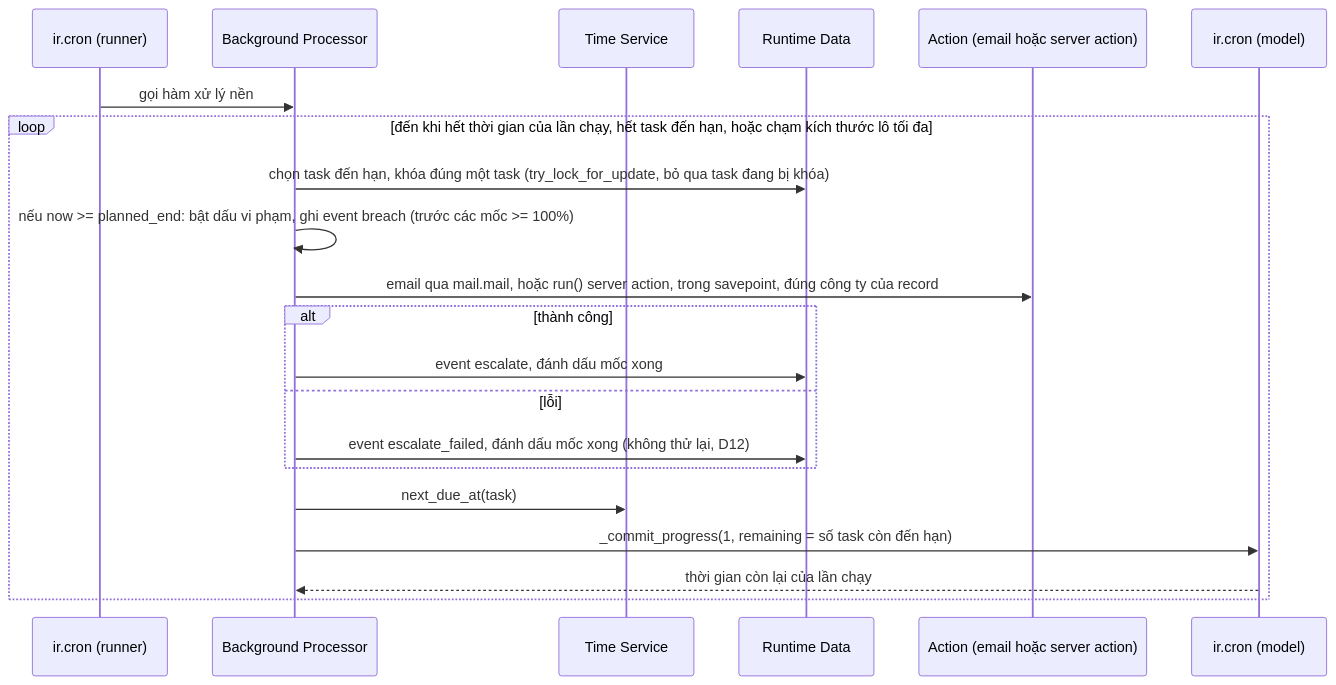
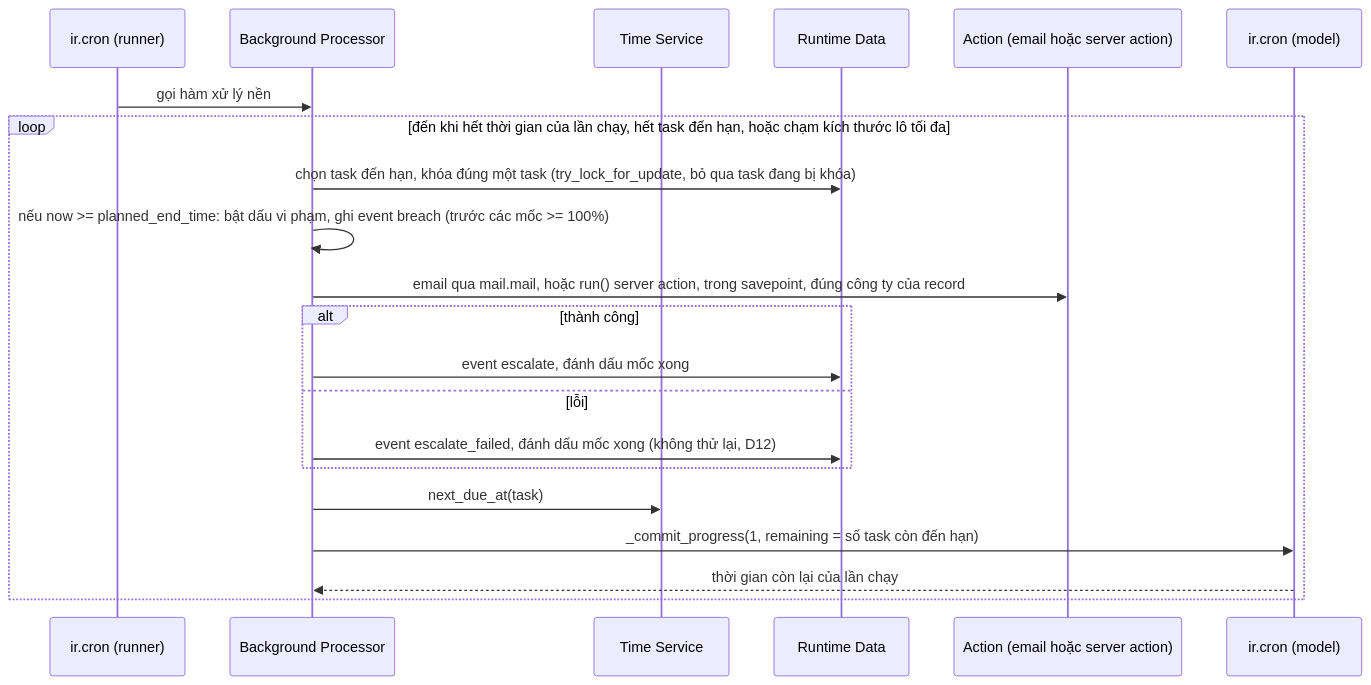
Before and after one commit to tienhieuD/odoo_custom_addons: the seventh of 10 diagrams in dwo_sla_core/docs/020_Technical-Architecture-Document.md, drawn with Mermaid. The commit also changed other lines of this file and 7 other files, not shown here.

````diff
--- a/dwo_sla_core/docs/020_Technical-Architecture-Document.md
+++ b/dwo_sla_core/docs/020_Technical-Architecture-Document.md
@@ -316,23 +336,23 @@
 ```mermaid
 sequenceDiagram
   participant C as ir.cron (runner)
   participant P as Background Processor
   participant T as Time Service
   participant D as Runtime Data
   participant A as Action (email hoặc server action)
   participant IC as ir.cron (model)
   C->>P: gọi hàm xử lý nền
   loop đến khi hết thời gian của lần chạy, hết task đến hạn, hoặc chạm kích thước lô tối đa
     P->>D: chọn task đến hạn, khóa đúng một task (try_lock_for_update, bỏ qua task đang bị khóa)
-    P->>P: nếu now >= planned_end: bật dấu vi phạm, ghi event breach (trước các mốc >= 100%)
+    P->>P: nếu now >= planned_end_time: bật dấu vi phạm, ghi event breach (trước các mốc >= 100%)
     P->>A: email qua mail.mail, hoặc run() server action, trong savepoint, đúng công ty của record
     alt thành công
       P->>D: event escalate, đánh dấu mốc xong
     else lỗi
       P->>D: event escalate_failed, đánh dấu mốc xong (không thử lại, D12)
     end
     P->>T: next_due_at(task)
     P->>IC: _commit_progress(1, remaining = số task còn đến hạn)
     IC-->>P: thời gian còn lại của lần chạy
   end
 ```
````
